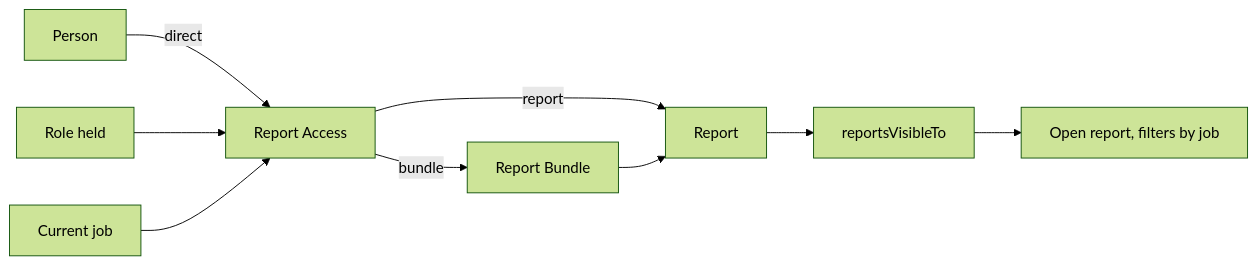
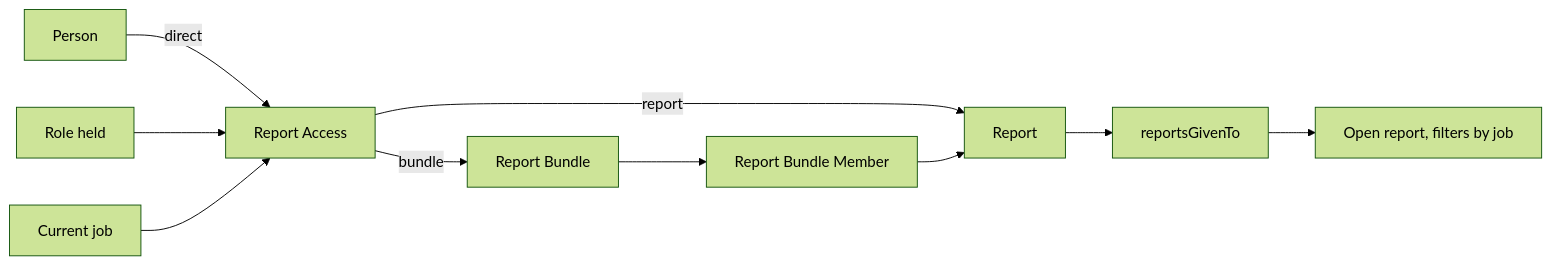
Before and after one commit to siraj-samsudeen/featherbase: the diagram in openspec/changes/report-bundles/design.md, drawn with Mermaid (forest theme). The commit also changed other lines of this file and 11 other files, not shown here.

````diff
--- a/openspec/changes/report-bundles/design.md
+++ b/openspec/changes/report-bundles/design.md
@@ -5,10 +5,10 @@
 ```mermaid
 flowchart LR
   P[Person] -->|direct| A[Report Access]
   R[Role held] --> A
   J[Current job] --> A
   A -->|report| Rep[Report]
-  A -->|bundle| B[Report Bundle] --> Rep
-  Rep --> L[reportsVisibleTo]
+  A -->|bundle| B[Report Bundle] --> M[Report Bundle Member] --> Rep
+  Rep --> L[reportsGivenTo]
   L --> O[Open report, filters by job]
 ```
````
